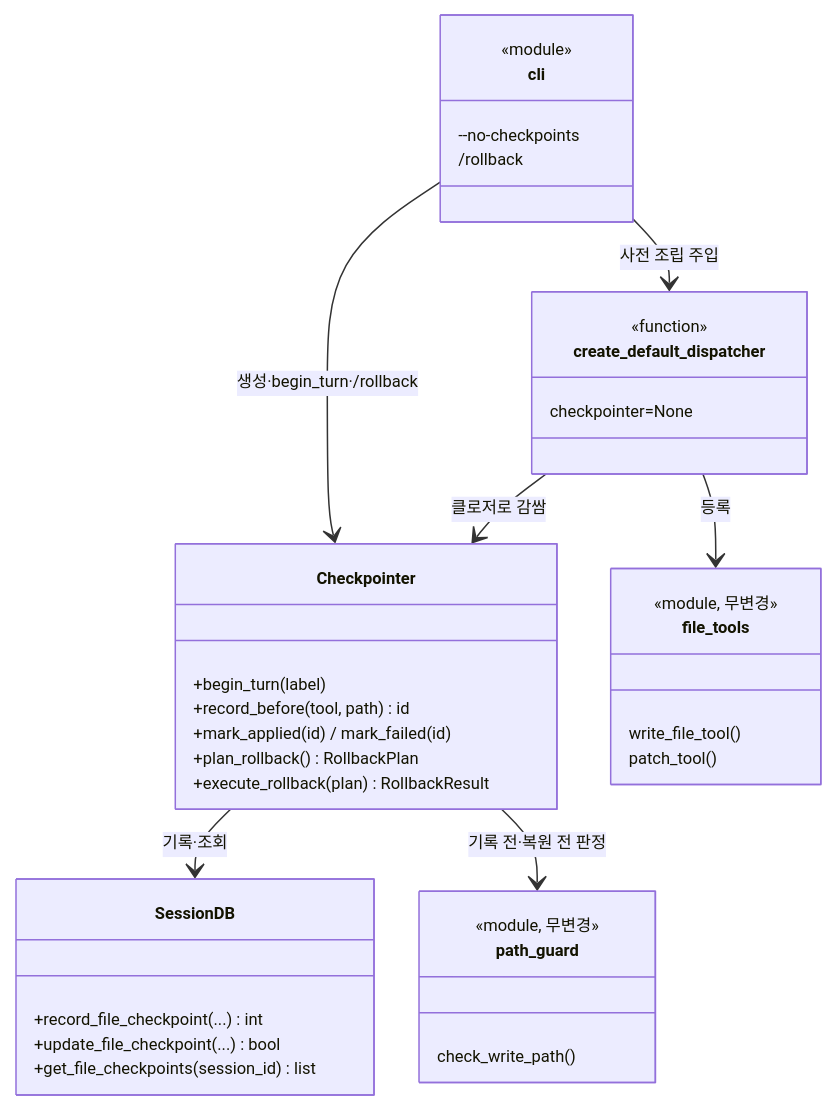
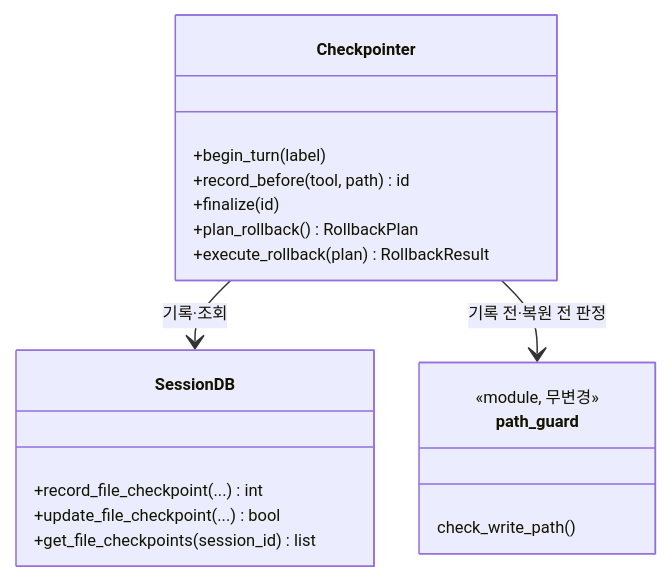
Before and after one commit to RadiantCitron/hermes-agent-study: the fifth of 8 diagrams in docs/로드맵/11-체크포인트-롤백-MVP/ROADMAP.md, drawn with Mermaid. The commit also changed other lines of this file, not shown here.

First line of the commit message:
docs(roadmap): R11-PLAN - ROADMAP 점검 반영 (출력 해석 실패 위험 추가, 실행 순서·클래스 그림 정정)

````diff
--- a/docs/로드맵/11-체크포인트-롤백-MVP/ROADMAP.md
+++ b/docs/로드맵/11-체크포인트-롤백-MVP/ROADMAP.md
@@ -86,40 +109,22 @@
 ```mermaid
 %%{init: {"themeVariables": {"fontSize": "11px"}, "flowchart": {"nodeSpacing": 30, "rankSpacing": 30}}}%%
 classDiagram
   class Checkpointer {
     +begin_turn(label)
     +record_before(tool, path) id
-    +mark_applied(id) / mark_failed(id)
+    +finalize(id)
     +plan_rollback() RollbackPlan
     +execute_rollback(plan) RollbackResult
   }
   class SessionDB {
     +record_file_checkpoint(...) int
     +update_file_checkpoint(...) bool
     +get_file_checkpoints(session_id) list
   }
-  class create_default_dispatcher {
-    <<function>>
-    checkpointer=None
-  }
-  class file_tools {
-    <<module, 무변경>>
-    write_file_tool()
-    patch_tool()
-  }
   class path_guard {
     <<module, 무변경>>
     check_write_path()
   }
-  class cli {
-    <<module>>
-    --no-checkpoints
-    /rollback
-  }
   Checkpointer --> SessionDB : 기록·조회
   Checkpointer --> path_guard : 기록 전·복원 전 판정
-  create_default_dispatcher --> Checkpointer : 클로저로 감쌈
-  create_default_dispatcher --> file_tools : 등록
-  cli --> Checkpointer : 생성·begin_turn·/rollback
-  cli --> create_default_dispatcher : 사전 조립 주입
 ```
````
